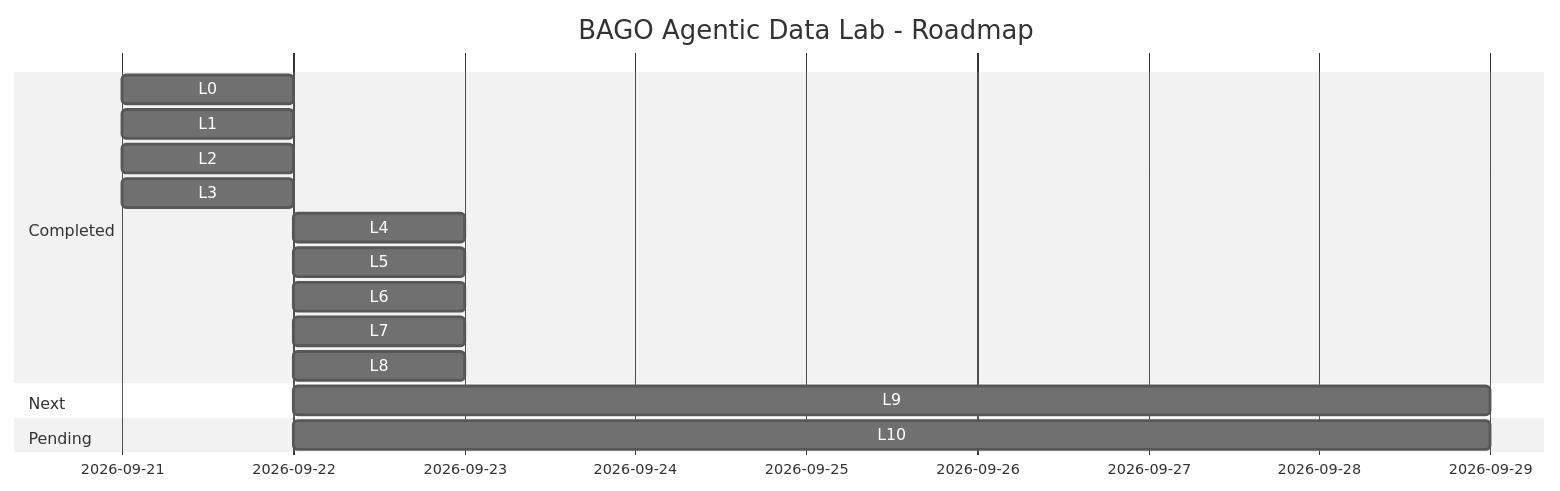
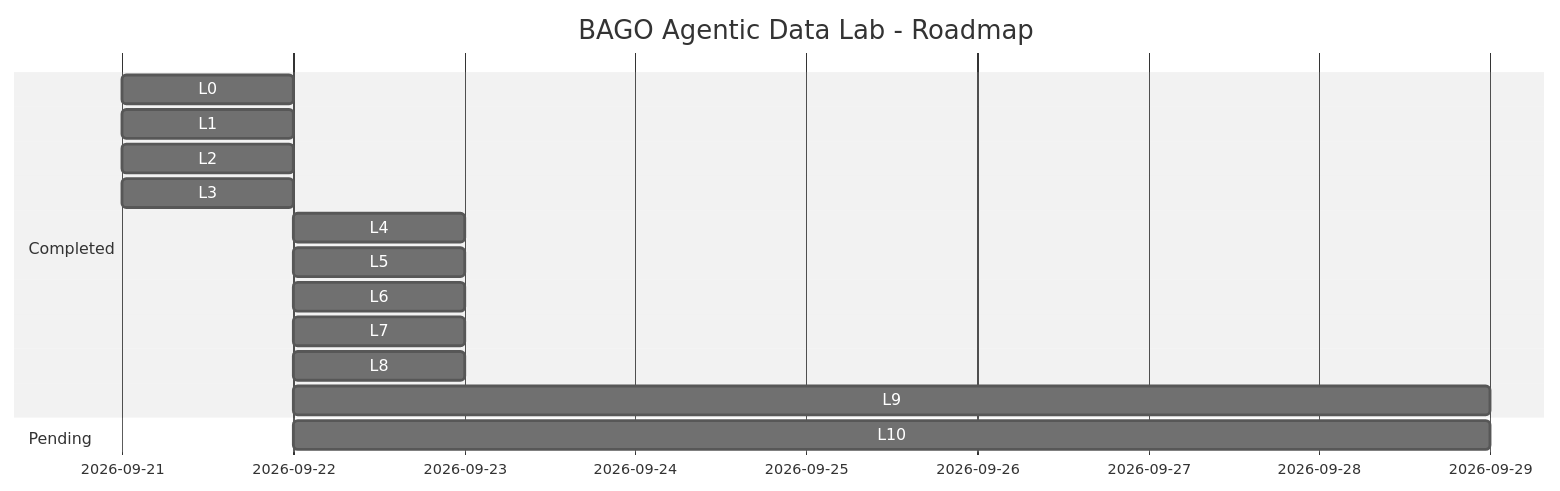
Before and after one commit to MarcValls/BAGO_AGENTIC_DATA_LAB: the diagram in README.md, drawn with Mermaid (neutral theme). The commit also changed other lines of this file and 11 other files, not shown here.

````diff
--- a/README.md
+++ b/README.md
@@ -29,22 +29,22 @@
 ```mermaid
 gantt
     title BAGO Agentic Data Lab - Roadmap
     dateFormat  YYYY-MM-DD
     
     section Completed
     L0: Baseline           :done, 2026-09-21, 1d
     L1: LangGraph          :done, 2026-09-21, 1d
     L2: ETL Pipeline       :done, 2026-09-21, 1d
     L3: Metadata            :done, 2026-09-21, 1d
     L4: Governed RAG        :done, 2026-09-22, 1d
     L5: MCP                :done, 2026-09-22, 1d
     L6: AWS Bedrock        :done, 2026-09-22, 1d
     L7: Bedrock KB         :done, 2026-09-22, 1d
     L8: Metadata Catalog   :done, 2026-09-22, 1d
 
-    section Next
-    L9: End-to-End Agent   :active, after L8, 7d
+    section Completed
+    L9: End-to-End Agent   :done, after L8, 7d
     
     section Pending
     L10: Future Extensions  :crit, after L9, 7d
 ```
````
